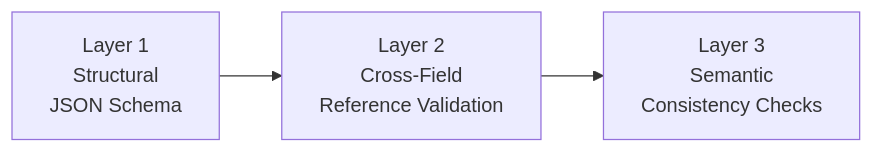
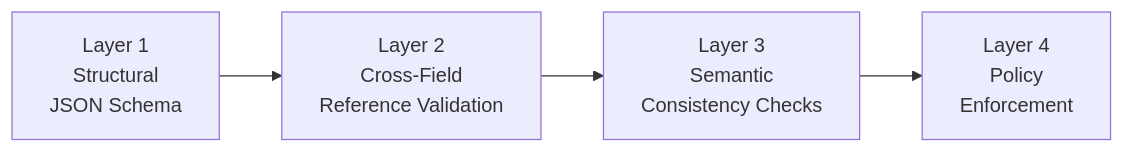
One commit to BurkeVeble83476n/pacto changed the second of 2 diagrams in docs/architecture.md. Above: the diagram before and after it, drawn with Mermaid. The commit also changed other lines of this file and 15 other files, not shown here.

````diff
--- a/docs/architecture.md
+++ b/docs/architecture.md
@@ -115,5 +115,6 @@
 ```mermaid
 flowchart LR
     A[Layer 1<br/>Structural<br/>JSON Schema] --> B[Layer 2<br/>Cross-Field<br/>Reference Validation]
     B --> C[Layer 3<br/>Semantic<br/>Consistency Checks]
+    C --> D[Layer 4<br/>Policy<br/>Enforcement]
 ```
````
